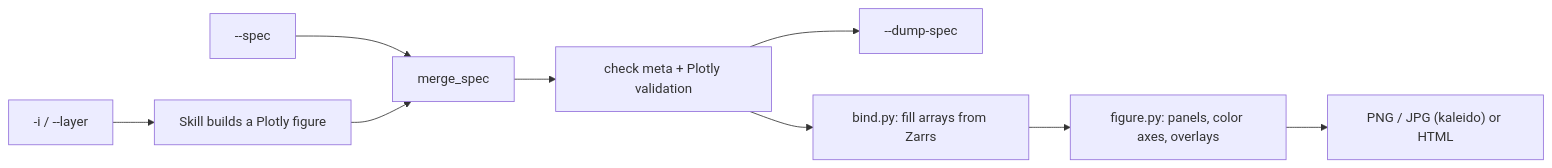
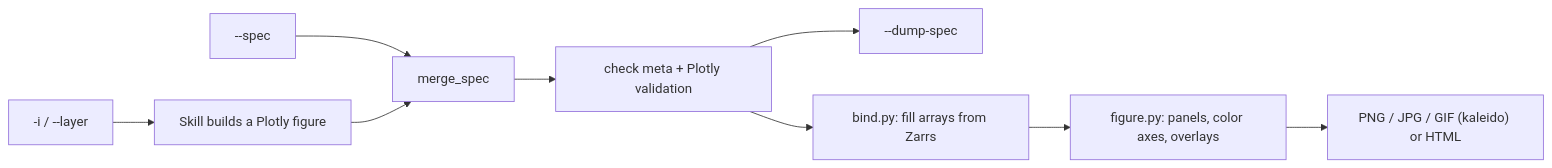
Before and after one commit to rhiza-research/weather-skills-plotting: the diagram in docs/plotting.md, drawn with Mermaid. The commit also changed other lines of this file and 6 other files, not shown here.

````diff
--- a/docs/plotting.md
+++ b/docs/plotting.md
@@ -21,11 +21,11 @@
 ```mermaid
 flowchart LR
   Files["-i / --layer"] --> Skeleton[Skill builds a Plotly figure]
   SpecFlag["--spec"] --> Merge[merge_spec]
   Skeleton --> Merge
   Merge --> Validate[check meta + Plotly validation]
   Validate --> Dump["--dump-spec"]
   Validate --> Bind[bind.py: fill arrays from Zarrs]
   Bind --> Assemble[figure.py: panels, color axes, overlays]
-  Assemble --> Out["PNG / JPG (kaleido) or HTML"]
+  Assemble --> Out["PNG / JPG / GIF (kaleido) or HTML"]
 ```
````
